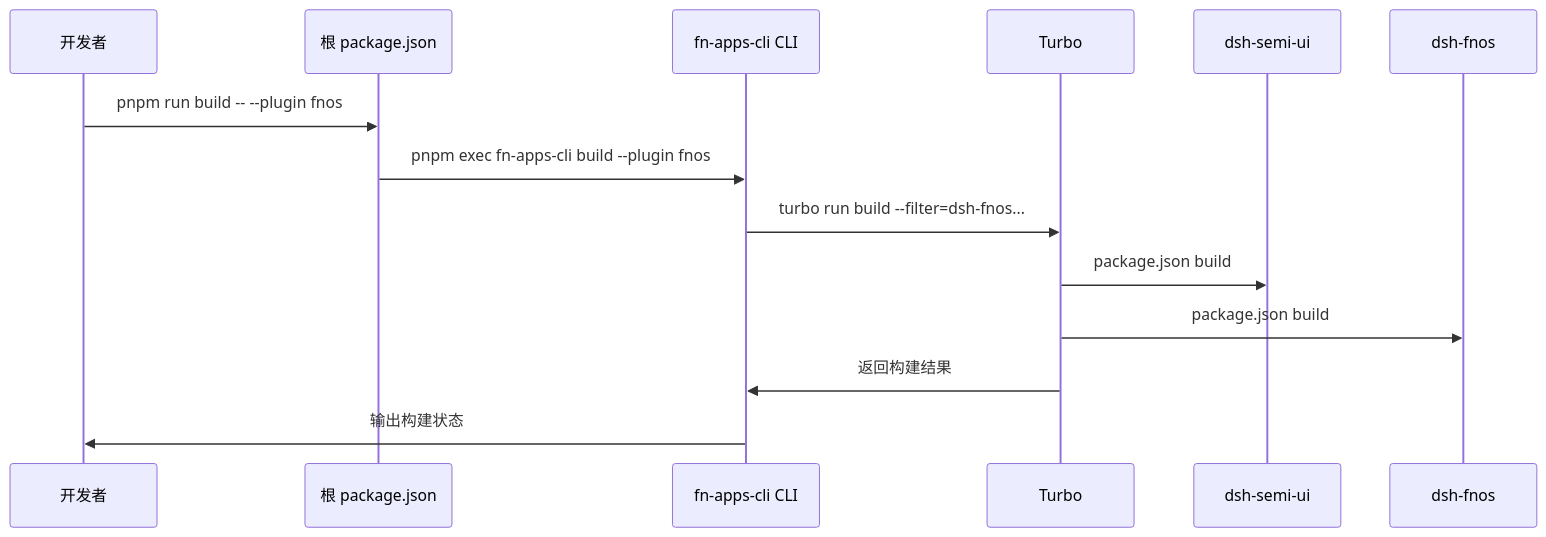
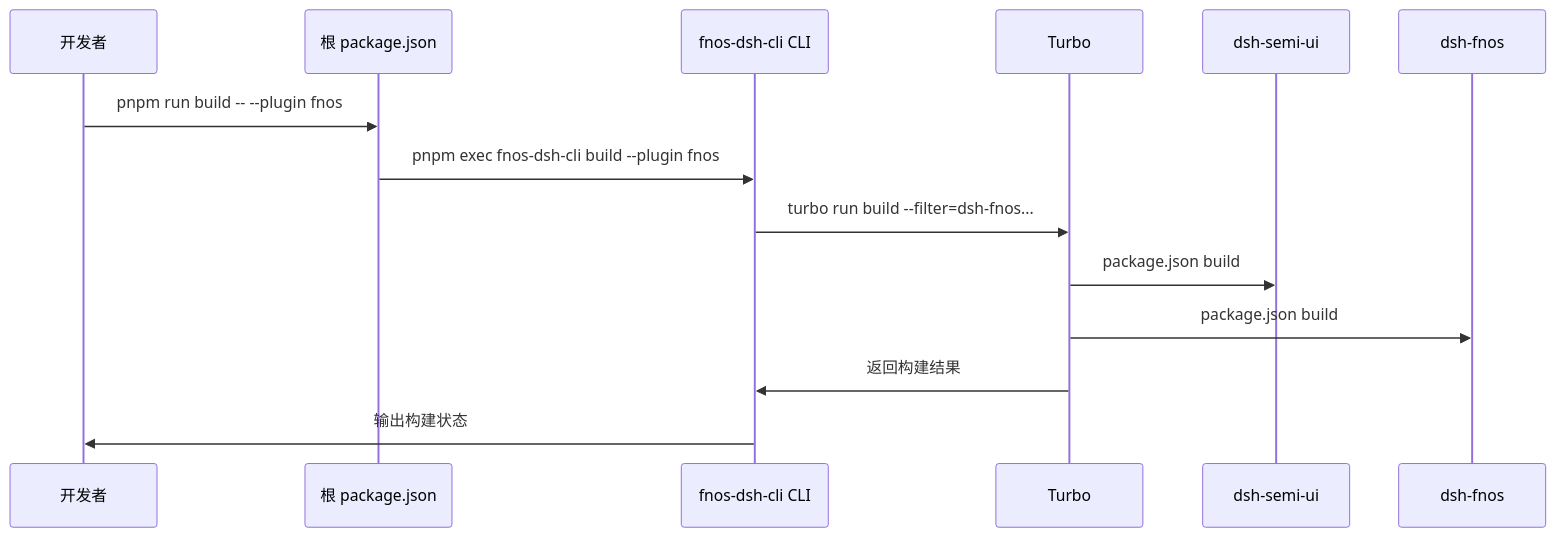
The eighth of 9 diagrams in docs/development/turbo-tasks.md (FNOSP/fnos-dsh), drawn with Mermaid before and after one commit. The commit also changed other lines of this file and 50 other files, not shown here.

````diff
--- a/docs/development/turbo-tasks.md
+++ b/docs/development/turbo-tasks.md
@@ -301,17 +301,17 @@
 ```mermaid
 sequenceDiagram
   participant developer as 开发者
   participant root as 根 package.json
-  participant cli as fn-apps-cli CLI
+  participant cli as fnos-dsh-cli CLI
   participant turbo as Turbo
   participant semi as dsh-semi-ui
   participant plugin as dsh-fnos
 
   developer->>root: pnpm run build -- --plugin fnos
-  root->>cli: pnpm exec fn-apps-cli build --plugin fnos
+  root->>cli: pnpm exec fnos-dsh-cli build --plugin fnos
   cli->>turbo: turbo run build --filter=dsh-fnos...
   turbo->>semi: package.json build
   turbo->>plugin: package.json build
   turbo->>cli: 返回构建结果
   cli->>developer: 输出构建状态
 ```
````
